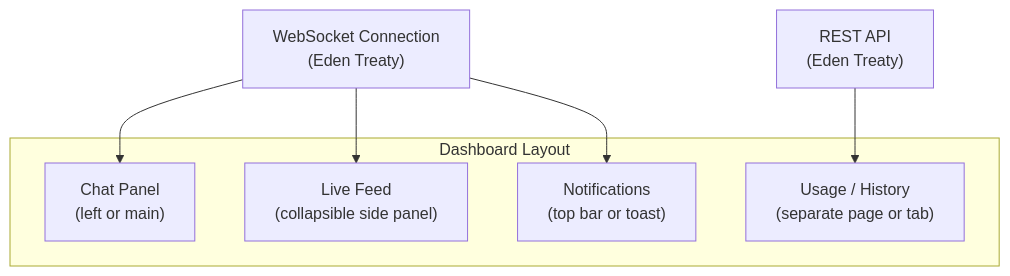
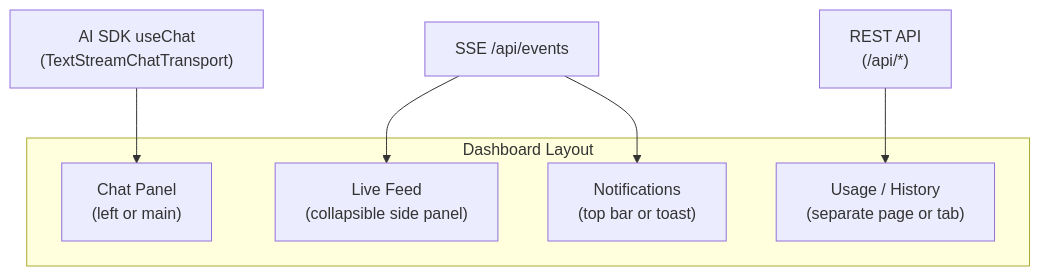
Before and after one commit to 1qh/claw: the third of 4 diagrams in plan/04-frontend.md, drawn with Mermaid. The commit also changed other lines of this file and 181 other files, not shown here.

````diff
--- a/plan/04-frontend.md
+++ b/plan/04-frontend.md
@@ -132,12 +130,13 @@
 ```mermaid
 graph TB
     subgraph "Dashboard Layout"
         CHAT["Chat Panel\n(left or main)"]
         FEED["Live Feed\n(collapsible side panel)"]
         NOTIF["Notifications\n(top bar or toast)"]
         USAGE["Usage / History\n(separate page or tab)"]
     end
 
-    WS["WebSocket Connection\n(Eden Treaty)"] --> CHAT & FEED & NOTIF
-    API["REST API\n(Eden Treaty)"] --> USAGE
+    AISDK["AI SDK useChat\n(TextStreamChatTransport)"] --> CHAT
+    SSE["SSE /api/events"] --> FEED & NOTIF
+    API["REST API\n(/api/*)"] --> USAGE
 ```
````
